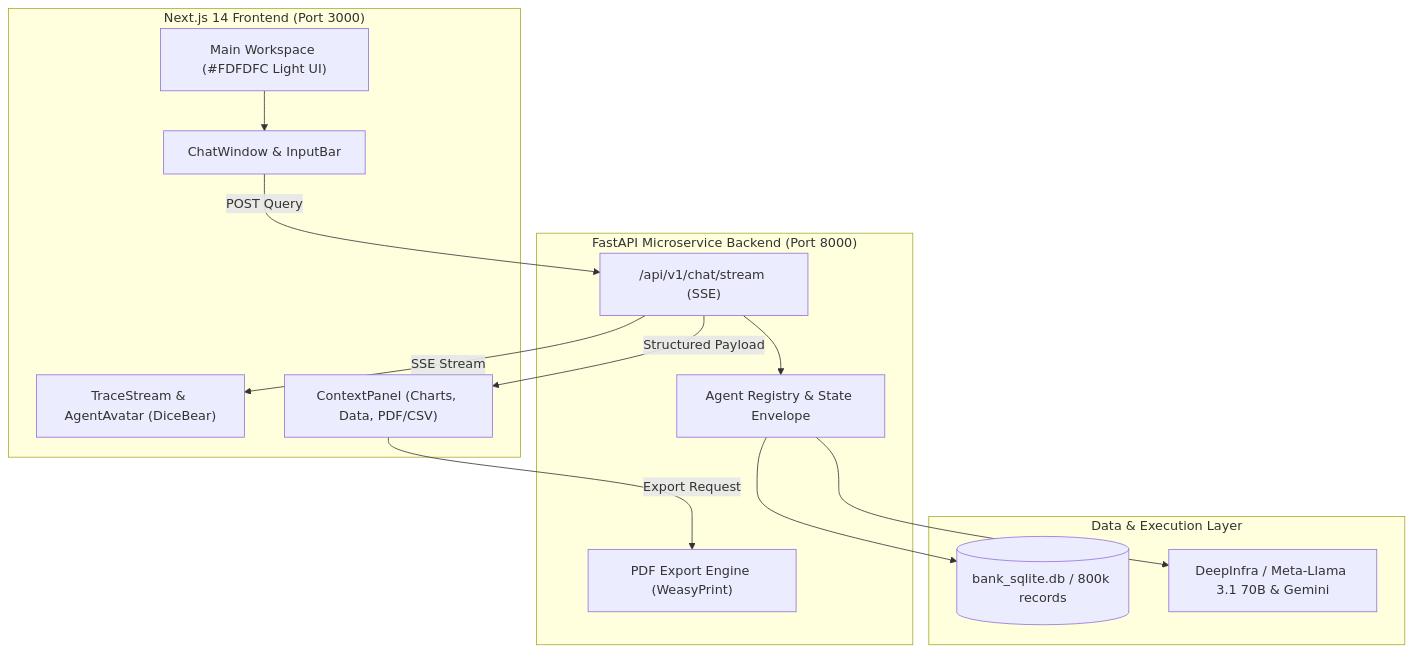
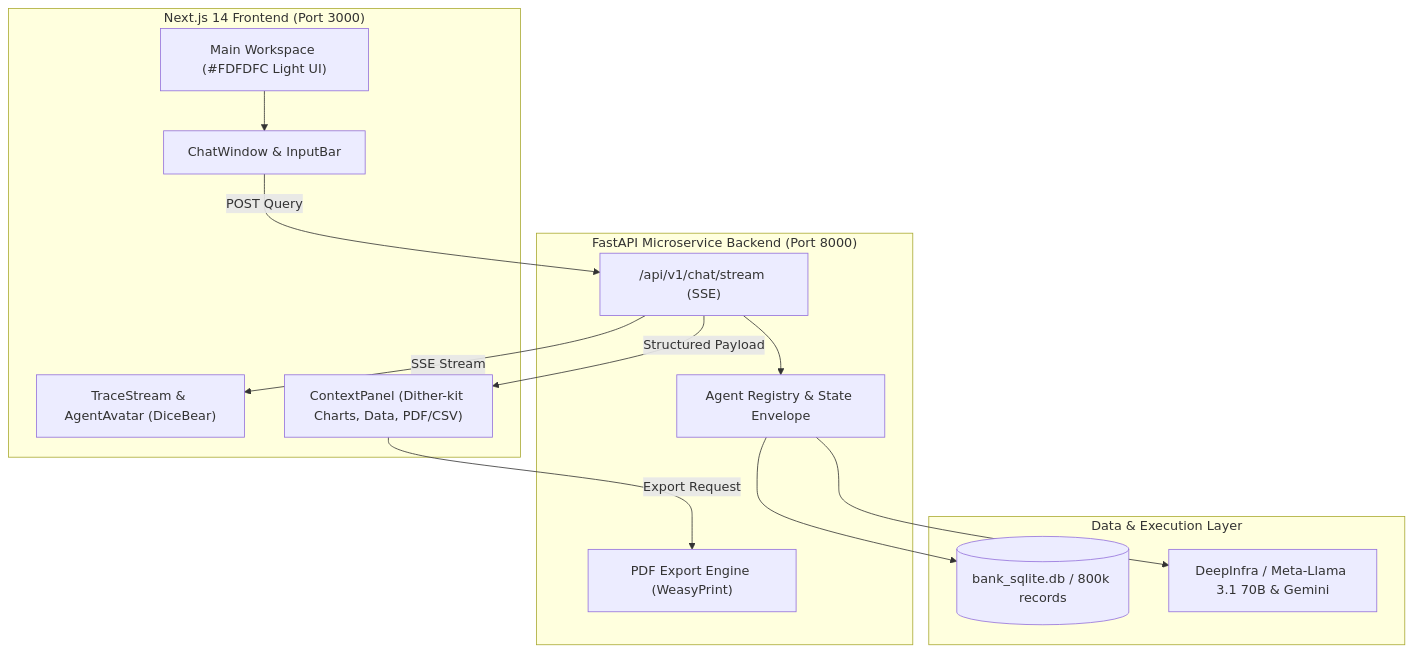
Before and after one commit to puang59/segwise: the first of 2 diagrams in README.md, drawn with Mermaid. The commit also changed other lines of this file, not shown here.

````diff
--- a/README.md
+++ b/README.md
@@ -18,29 +25,29 @@
 ```mermaid
 graph TD
     subgraph Client ["Next.js 14 Frontend (Port 3000)"]
         UI["Main Workspace (#FDFDFC Light UI)"]
         Chat["ChatWindow & InputBar"]
         Trace["TraceStream & AgentAvatar (DiceBear)"]
-        Panel["ContextPanel (Charts, Data, PDF/CSV)"]
+        Panel["ContextPanel (Dither-kit Charts, Data, PDF/CSV)"]
     end
 
     subgraph Server ["FastAPI Microservice Backend (Port 8000)"]
         Router["/api/v1/chat/stream (SSE)"]
         Registry["Agent Registry & State Envelope"]
         PDF["PDF Export Engine (WeasyPrint)"]
     end
 
     subgraph Data ["Data & Execution Layer"]
         DB[(bank_sqlite.db / 800k records)]
         LLM["DeepInfra / Meta-Llama 3.1 70B & Gemini"]
     end
 
     UI --> Chat
     Chat -->|POST Query| Router
     Router -->|SSE Stream| Trace
     Router --> Registry
     Registry --> DB
     Registry --> LLM
     Router -->|Structured Payload| Panel
     Panel -->|Export Request| PDF
 ```
````
